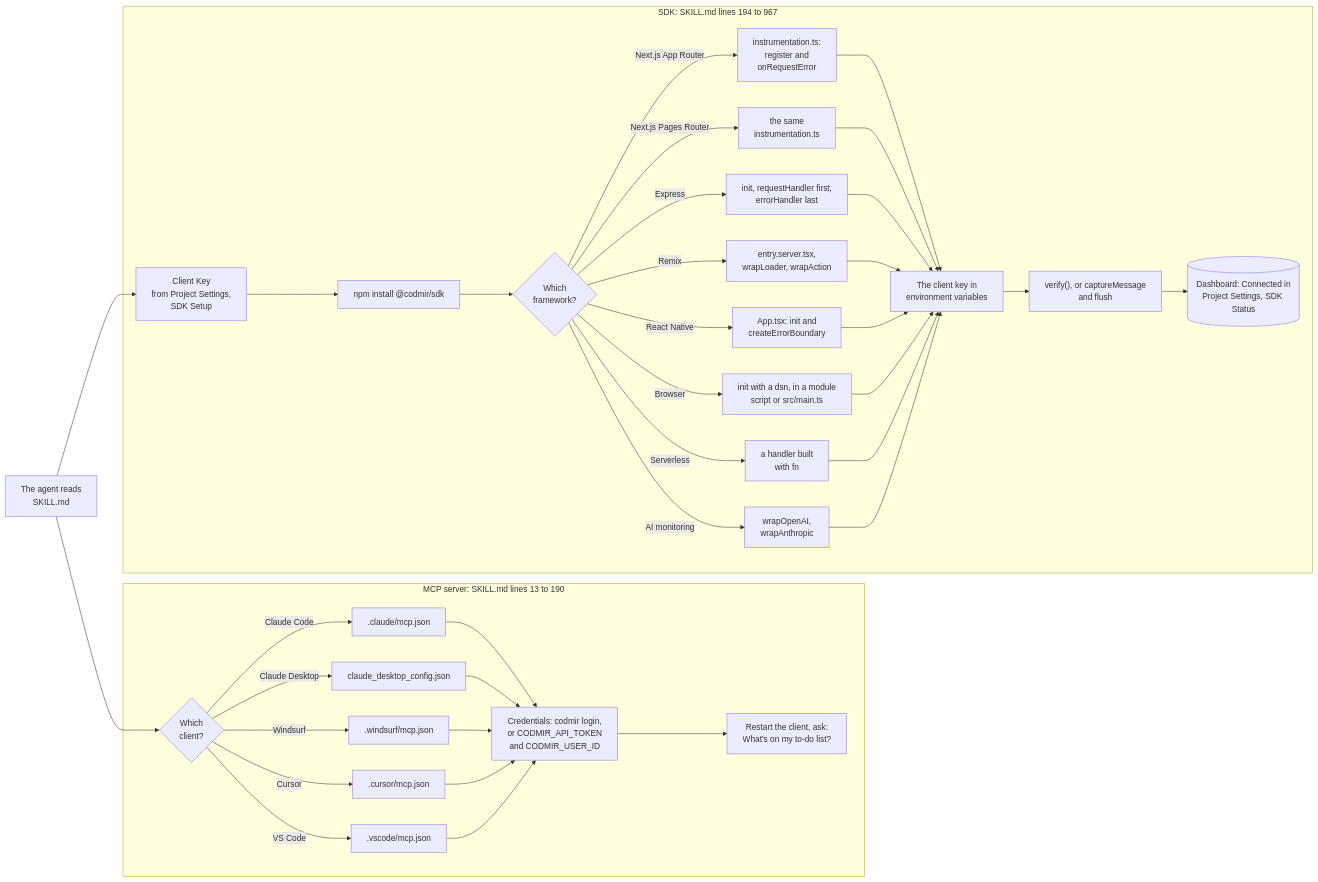
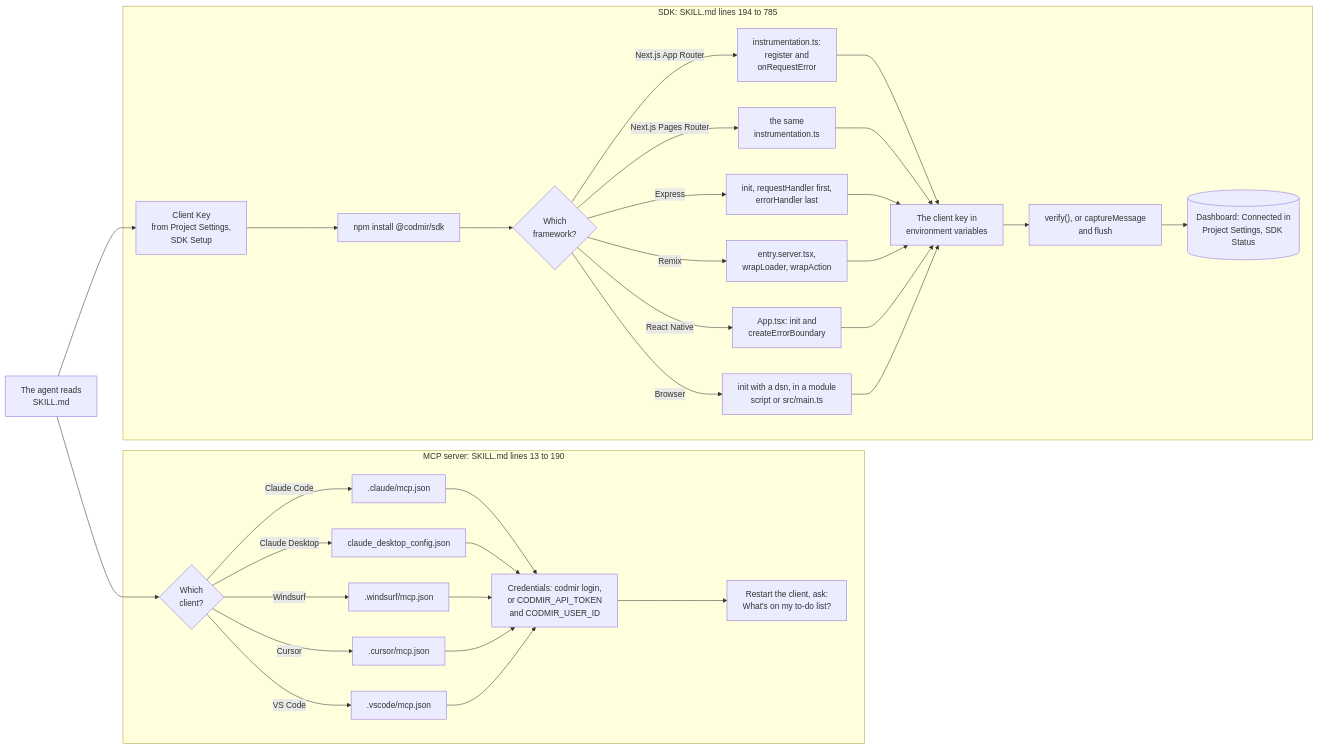
The diagram in README.md (codmir-labs/skill), drawn with Mermaid before and after one commit. The commit also changed other lines of this file and 6 other files, not shown here.

First line of the commit message:
fix: the skill names only SDK entries the next release has (#4)

````diff
--- a/README.md
+++ b/README.md
@@ -313,41 +311,37 @@
 ```mermaid
 flowchart LR
     L["The agent reads<br/>SKILL.md"] --> M1
     L --> S1
     subgraph MCP ["MCP server: SKILL.md lines 13 to 190"]
         M1{"Which<br/>client?"}
         M1 -- "Claude Code" --> C1[".claude/mcp.json"]
         M1 -- "Claude Desktop" --> C2["claude_desktop_config.json"]
         M1 -- "Windsurf" --> C3[".windsurf/mcp.json"]
         M1 -- "Cursor" --> C4[".cursor/mcp.json"]
         M1 -- "VS Code" --> C5[".vscode/mcp.json"]
         C1 --> A
         C2 --> A
         C3 --> A
         C4 --> A
         C5 --> A
         A["Credentials: codmir login,<br/>or CODMIR_API_TOKEN<br/>and CODMIR_USER_ID"] --> V1["Restart the client, ask:<br/>What's on my to-do list?"]
     end
-    subgraph SDK ["SDK: SKILL.md lines 194 to 967"]
+    subgraph SDK ["SDK: SKILL.md lines 194 to 785"]
         S1["Client Key<br/>from Project Settings,<br/>SDK Setup"] --> S2["npm install @codmir/sdk"]
         S2 --> S3{"Which<br/>framework?"}
         S3 -- "Next.js App Router" --> F1["instrumentation.ts:<br/>register and<br/>onRequestError"]
         S3 -- "Next.js Pages Router" --> F2["the same<br/>instrumentation.ts"]
         S3 -- "Express" --> F3["init, requestHandler first,<br/>errorHandler last"]
         S3 -- "Remix" --> F4["entry.server.tsx,<br/>wrapLoader, wrapAction"]
         S3 -- "React Native" --> F5["App.tsx: init and<br/>createErrorBoundary"]
         S3 -- "Browser" --> F6["init with a dsn, in a module<br/>script or src/main.ts"]
-        S3 -- "Serverless" --> F7["a handler built<br/>with fn"]
-        S3 -- "AI monitoring" --> F8["wrapOpenAI,<br/>wrapAnthropic"]
         F1 --> E
         F2 --> E
         F3 --> E
         F4 --> E
         F5 --> E
         F6 --> E
-        F7 --> E
-        F8 --> E
         E["The client key in<br/>environment variables"] --> S5["verify(), or captureMessage<br/>and flush"]
         S5 --> D[("Dashboard: Connected in<br/>Project Settings, SDK Status")]
     end
 ```
````
